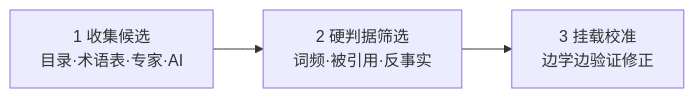
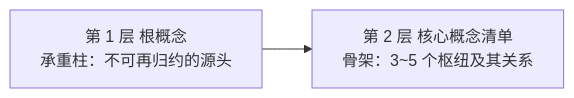
One commit to Yongjunzhou/AOS-system-design changed the diagram in 50-research/教材书/成书/build/.mmd/ch01-fig02.mmd. Above: the diagram before and after it, drawn with Mermaid. The commit also changed 90 other files, not shown here.

```diff
--- a/50-research/教材书/成书/build/.mmd/ch01-fig02.mmd
+++ b/50-research/教材书/成书/build/.mmd/ch01-fig02.mmd
@@ -1,3 +1,2 @@
 flowchart LR
-    A["1 收集候选<br/>目录·术语表·专家·AI"] --> B["2 硬判据筛选<br/>词频·被引用·反事实"]
-    B --> C["3 挂载校准<br/>边学边验证修正"]
+    A["第 1 层 根概念<br/>承重柱：不可再归约的源头"] --> B["第 2 层 核心概念清单<br/>骨架：3~5 个枢纽及其关系"]
```
